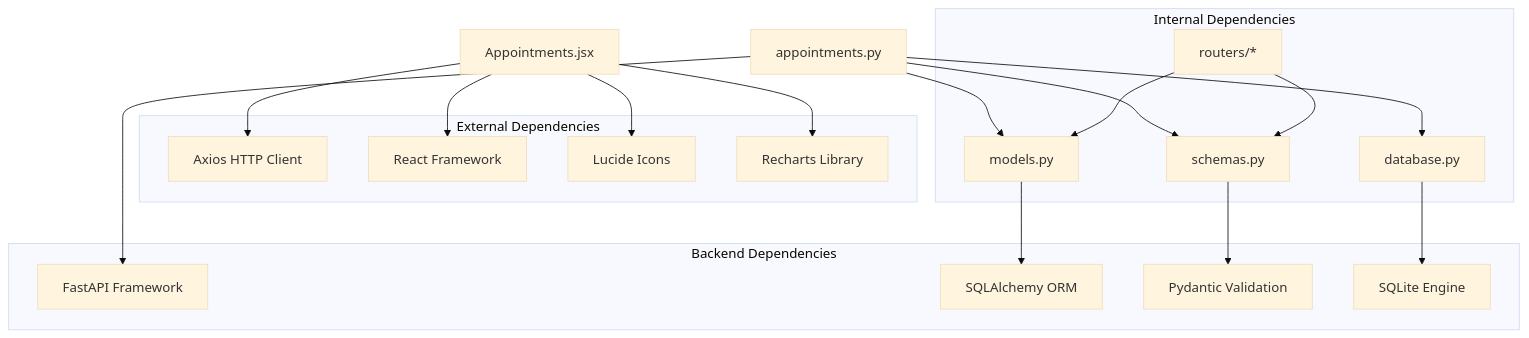
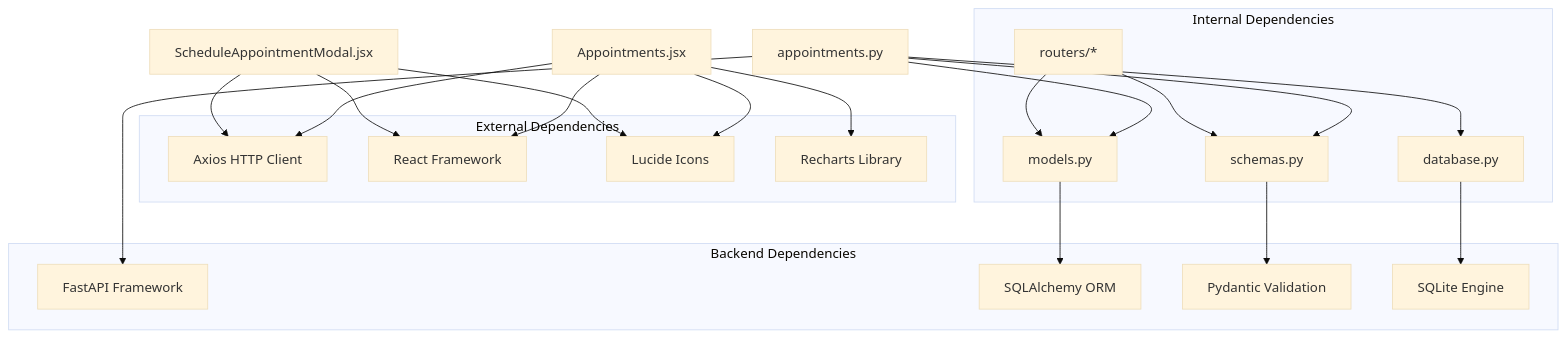
Before and after one commit to kasliwalsarthak7972/smart-healthcare-dashboard: the seventh of 8 diagrams in .qoder/repowiki/en/content/Frontend Component Architecture/Appointments Component.md, drawn with Mermaid (base theme). The commit also changed other lines of this file and 7 other files, not shown here.

````diff
--- a/.qoder/repowiki/en/content/Frontend Component Architecture/Appointments Component.md
+++ b/.qoder/repowiki/en/content/Frontend Component Architecture/Appointments Component.md
@@ -357,34 +428,37 @@
 ```mermaid
 graph TB
 subgraph "External Dependencies"
 AXIOS[Axios HTTP Client]
 REACT[React Framework]
 LUCIDE[Lucide Icons]
 RECHARTS[Recharts Library]
 end
 subgraph "Backend Dependencies"
 FASTAPI[FastAPI Framework]
 SQLALCHEMY[SQLAlchemy ORM]
 PYDANTIC[Pydantic Validation]
 SQLITE[SQLite Engine]
 end
 subgraph "Internal Dependencies"
 MODELS[models.py]
 SCHEMAS[schemas.py]
 DATABASE[database.py]
 ROUTERS[routers/*]
 end
 FE_APP[Appointments.jsx] --> AXIOS
 FE_APP --> REACT
 FE_APP --> LUCIDE
 FE_APP --> RECHARTS
+FE_MODAL[ScheduleAppointmentModal.jsx] --> AXIOS
+FE_MODAL --> REACT
+FE_MODAL --> LUCIDE
 BE_ROUTER[appointments.py] --> FASTAPI
 BE_ROUTER --> MODELS
 BE_ROUTER --> SCHEMAS
 BE_ROUTER --> DATABASE
 MODELS --> SQLALCHEMY
 SCHEMAS --> PYDANTIC
 DATABASE --> SQLITE
 ROUTERS --> MODELS
 ROUTERS --> SCHEMAS
 ```
````
